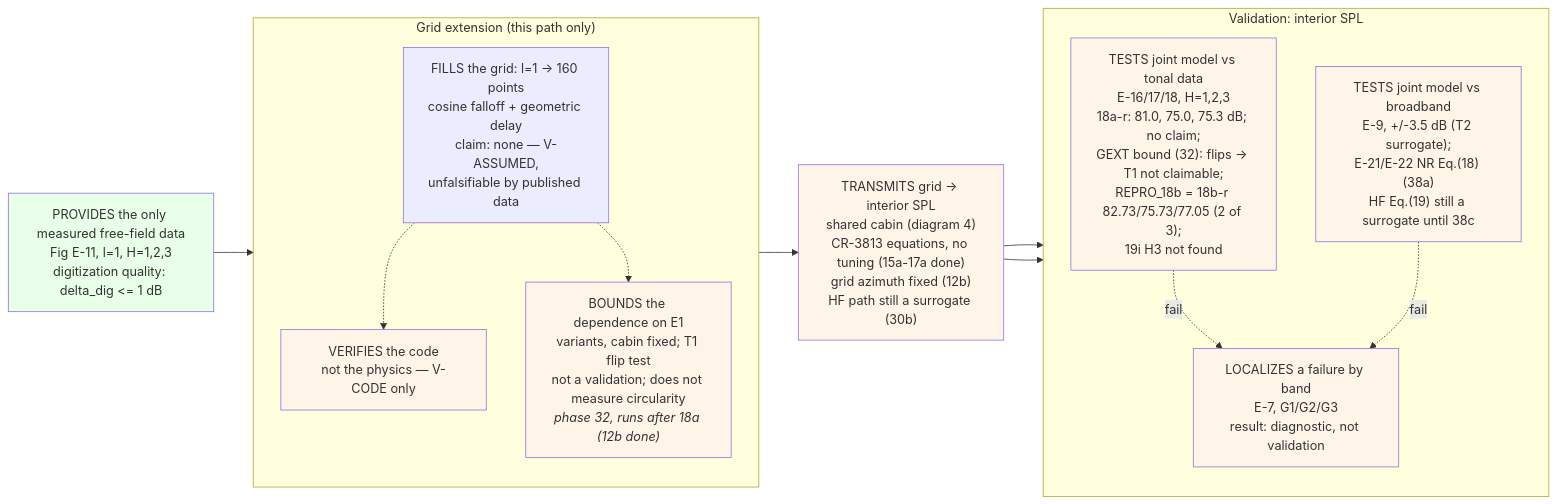
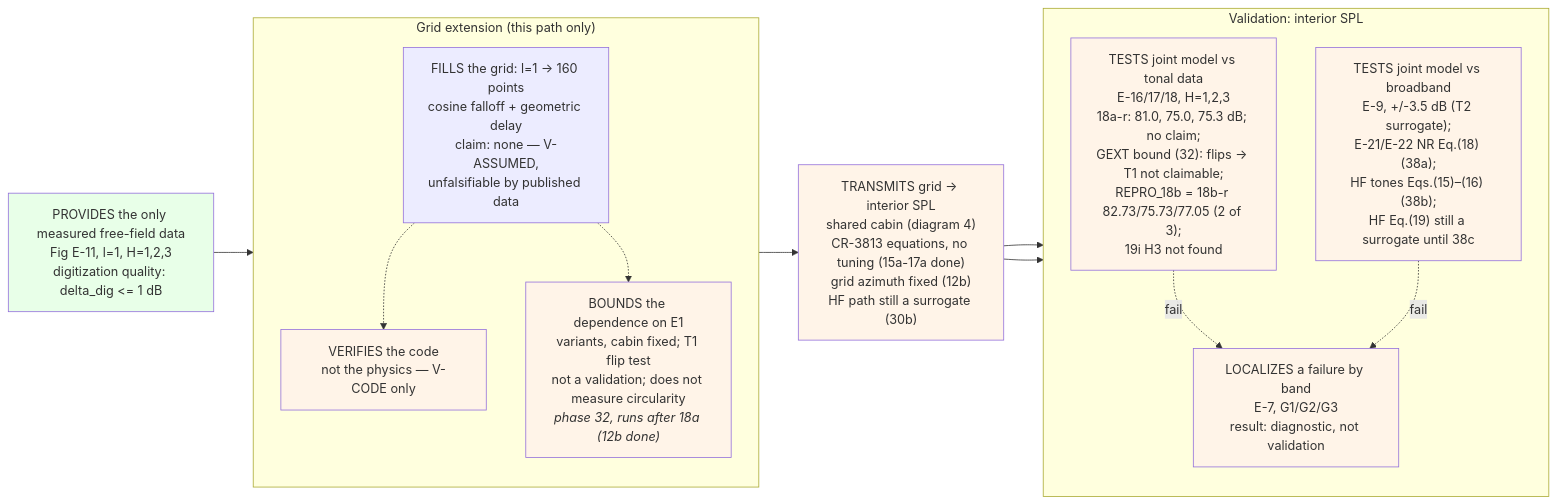
The second of 6 diagrams in rea-work/docs/flowchart.md (hoangf1/PAIN), drawn with Mermaid before and after one commit. The commit also changed other lines of this file and 10 other files, not shown here.

Commit message:
38b: high-frequency tone formulation Eqs. (11)-(16), crossover override, tone_model selector (I-18 rule not met)

````diff
--- a/rea-work/docs/flowchart.md
+++ b/rea-work/docs/flowchart.md
@@ -55,36 +55,36 @@
 ```mermaid
 flowchart LR
     S["PROVIDES the only measured free-field data<br/>Fig E-11, l=1, H=1,2,3<br/>digitization quality: delta_dig <= 1 dB"]
 
     subgraph EXT["Grid extension (this path only)"]
         direction TB
         E1["FILLS the grid: l=1 -> 160 points<br/>cosine falloff + geometric delay<br/>claim: none — V-ASSUMED,<br/>unfalsifiable by published data"]
         E2["VERIFIES the code<br/>not the physics — V-CODE only"]
         E3["BOUNDS the dependence on E1<br/>variants, cabin fixed; T1 flip test<br/>not a validation; does not measure circularity<br/><i>phase 32, runs after 18a (12b done)</i>"]
     end
 
     CAB["TRANSMITS grid -> interior SPL<br/>shared cabin (diagram 4)<br/>CR-3813 equations, no tuning (15a-17a done)<br/>grid azimuth fixed (12b)<br/>HF path still a surrogate (30b)"]
 
     subgraph VAL["Validation: interior SPL"]
         direction TB
         V1["TESTS joint model vs tonal data<br/>E-16/17/18, H=1,2,3<br/>18a-r: 81.0, 75.0, 75.3 dB; no claim;<br/>GEXT bound (32): flips → T1 not claimable;<br/>REPRO_18b = 18b-r 82.73/75.73/77.05 (2 of 3);<br/>19i H3 not found"]
-        V2["TESTS joint model vs broadband<br/>E-9, +/-3.5 dB (T2 surrogate);<br/>E-21/E-22 NR Eq.(18) (38a)<br/>HF Eq.(19) still a surrogate until 38c"]
+        V2["TESTS joint model vs broadband<br/>E-9, +/-3.5 dB (T2 surrogate);<br/>E-21/E-22 NR Eq.(18) (38a);<br/>HF tones Eqs.(15)–(16) (38b);<br/>HF Eq.(19) still a surrogate until 38c"]
         V3["LOCALIZES a failure by band<br/>E-7, G1/G2/G3<br/>result: diagnostic, not validation"]
     end
 
     S --> E1
     E1 --> CAB
     E1 -.-> E2
     E1 -.-> E3
     CAB --> V1 & V2
     V1 -.->|fail| V3
     V2 -.->|fail| V3
 
     style S fill:#e8ffe8
     style CAB fill:#fff4e8
     style V1 fill:#fff4e8
     style V2 fill:#fff4e8
     style E2 fill:#fff4e8
     style E3 fill:#fff4e8
     style V3 fill:#fff4e8
 ```
````
